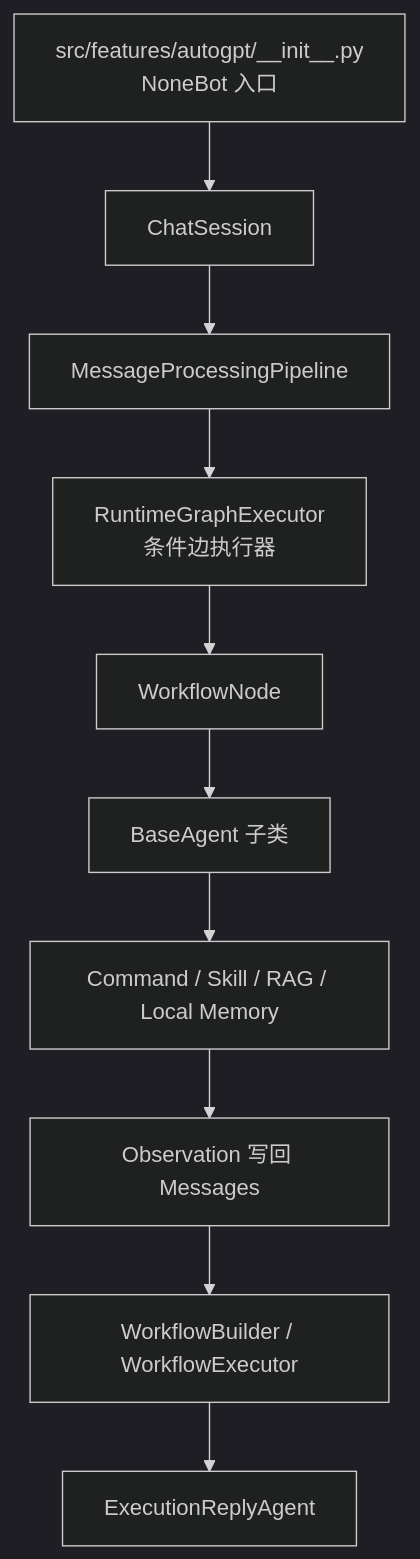
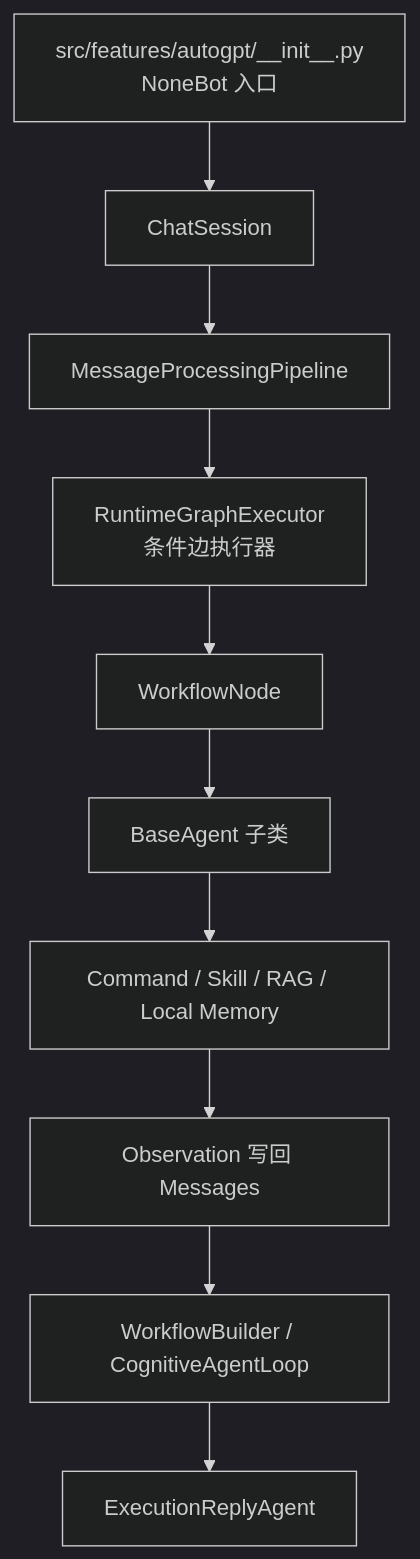
One commit to ClassRobot/ClassRobot changed the second of 2 diagrams in core/agent/runtime/README.md. Above: the diagram before and after it, drawn with Mermaid (dark theme). The commit also changed other lines of this file and 25 other files, not shown here.

````diff
--- a/core/agent/runtime/README.md
+++ b/core/agent/runtime/README.md
@@ -49,12 +96,12 @@
 ```mermaid
 flowchart TD
     A["src/features/autogpt/__init__.py<br/>NoneBot 入口"] --> B["ChatSession"]
     B --> C["MessageProcessingPipeline"]
     C --> X["RuntimeGraphExecutor<br/>条件边执行器"]
     X --> D["WorkflowNode"]
     D --> E["BaseAgent 子类"]
     E --> F["Command / Skill / RAG / Local Memory"]
     F --> G["Observation 写回 Messages"]
-    G --> H["WorkflowBuilder / WorkflowExecutor"]
+    G --> H["WorkflowBuilder / CognitiveAgentLoop"]
     H --> I["ExecutionReplyAgent"]
 ```
````
